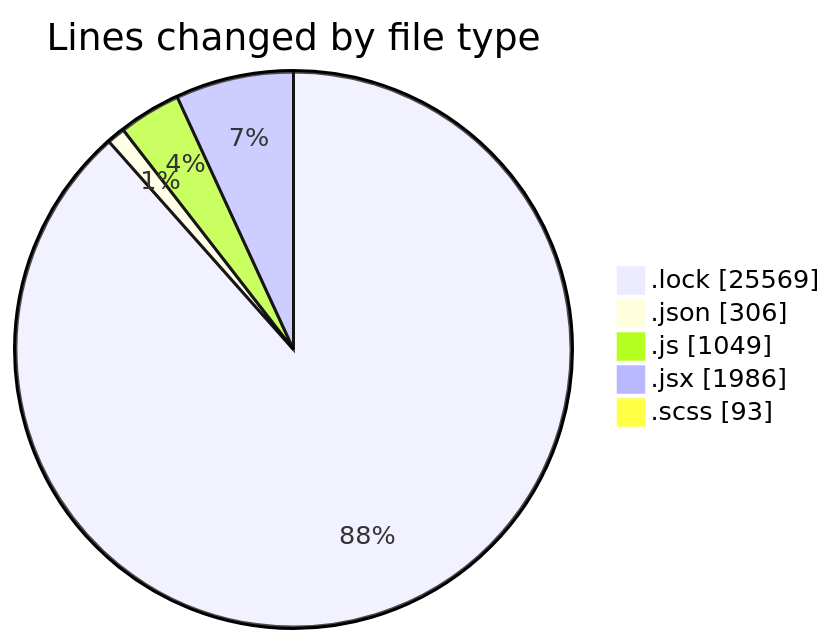
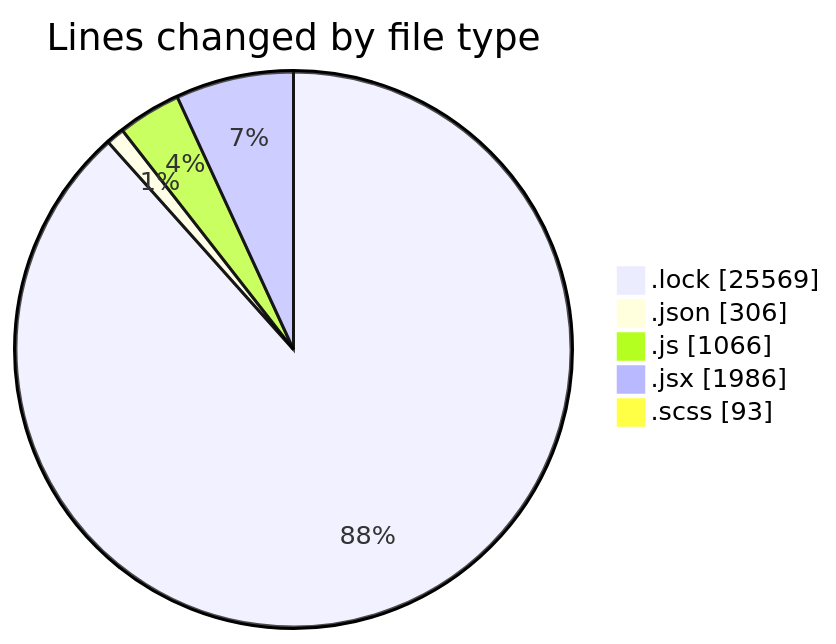
One commit to momahboobian/code-tracking changed the first of 2 diagrams in 2026-01-07/cda/README.md. Above: the diagram before and after it, drawn with Mermaid. The commit also changed other lines of this file and 1 other file, not shown here.

````diff
--- a/2026-01-07/cda/README.md
+++ b/2026-01-07/cda/README.md
@@ -43,9 +43,9 @@
 ```mermaid
 pie showData
 title Lines changed by file type
 ".lock" : 25569
 ".json" : 306
-".js" : 1049
+".js" : 1066
 ".jsx" : 1986
 ".scss" : 93
 ```
````
